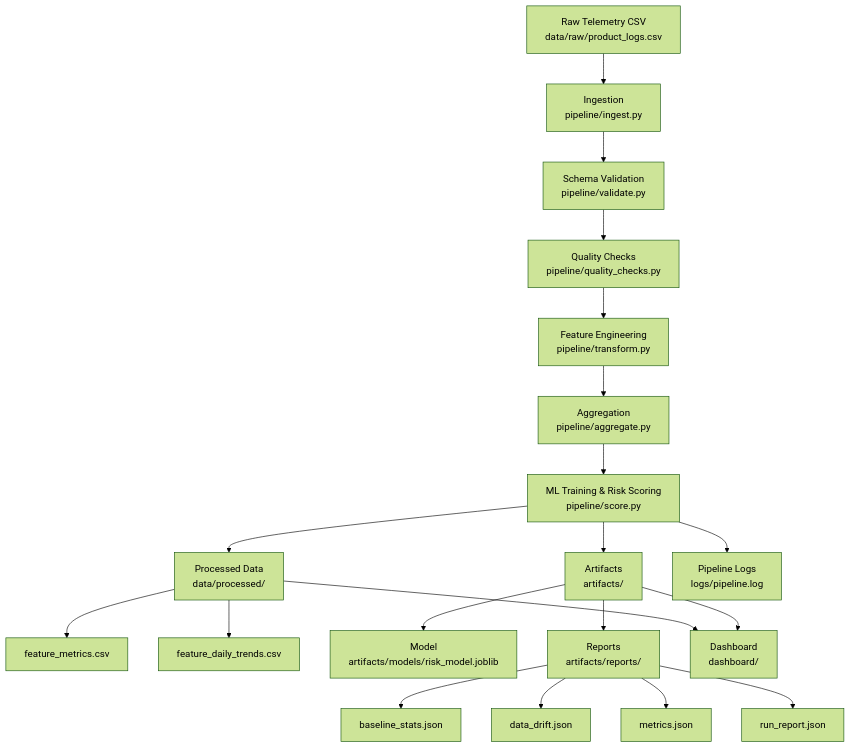
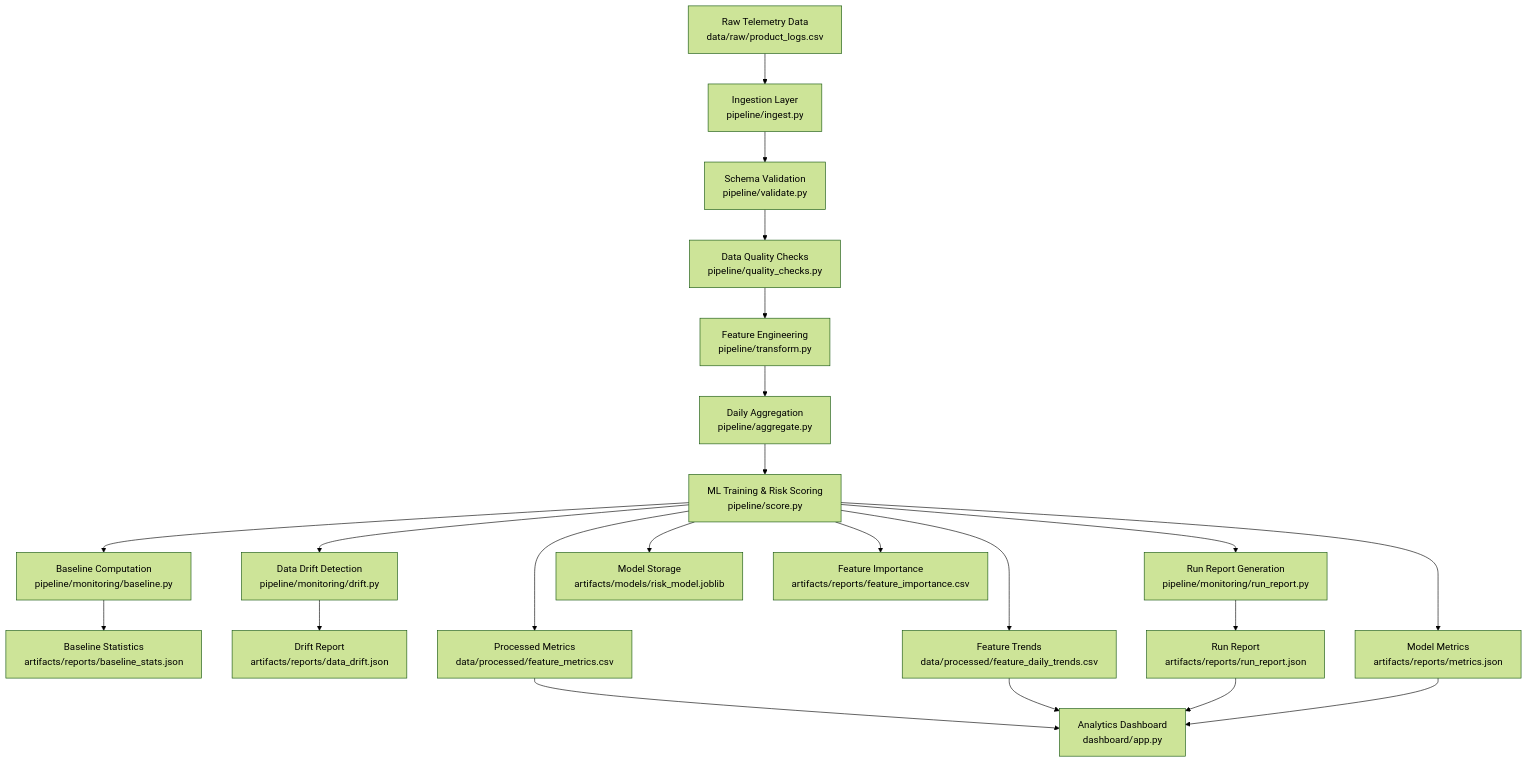
The first of 3 diagrams in README.md (durgasri-dotcom/product-feature-quality-analytics), drawn with Mermaid (forest theme) before and after one commit. The commit also changed other lines of this file and 20 other files, not shown here.

Commit message:
test: add unit tests for validation, aggregation, drift detection, and model training

````diff
--- a/README.md
+++ b/README.md
@@ -113,64 +47,55 @@
 ```mermaid
 flowchart TD
 
-  %% ======================
-  %% DATA INPUT
-  %% ======================
-  A[Raw Telemetry CSV<br/>data/raw/product_logs.csv]
+    A[Raw Telemetry Data<br>data/raw/product_logs.csv]
 
-  %% ======================
-  %% PIPELINE
-  %% ======================
-  A --> B[Ingestion<br/>pipeline/ingest.py]
+    A --> B[Ingestion Layer<br>pipeline/ingest.py]
 
-  B --> C[Schema Validation<br/>pipeline/validate.py]
+    B --> C[Schema Validation<br>pipeline/validate.py]
 
-  C --> D[Quality Checks<br/>pipeline/quality_checks.py]
+    C --> D[Data Quality Checks<br>pipeline/quality_checks.py]
 
-  D --> E[Feature Engineering<br/>pipeline/transform.py]
+    D --> E[Feature Engineering<br>pipeline/transform.py]
 
-  E --> F[Aggregation<br/>pipeline/aggregate.py]
+    E --> F[Daily Aggregation<br>pipeline/aggregate.py]
 
-  F --> G[ML Training & Risk Scoring<br/>pipeline/score.py]
+    F --> G[ML Training & Risk Scoring<br>pipeline/score.py]
 
-  %% ======================
-  %% OUTPUTS
-  %% ======================
-  G --> H[Processed Data<br/>data/processed/]
+    %% Monitoring Layer
 
-  G --> I[Artifacts<br/>artifacts/]
+    G --> M1[Baseline Computation<br>pipeline/monitoring/baseline.py]
 
-  %% ======================
-  %% PROCESSED FILES
-  %% ======================
-  H --> H1[feature_metrics.csv]
+    G --> M2[Data Drift Detection<br>pipeline/monitoring/drift.py]
 
-  H --> H2[feature_daily_trends.csv]
+    G --> M3[Run Report Generation<br>pipeline/monitoring/run_report.py]
 
-  %% ======================
-  %% ARTIFACT FILES
-  %% ======================
-  I --> I1[Model<br/>artifacts/models/risk_model.joblib]
+    %% Artifact Storage
 
-  I --> I2[Reports<br/>artifacts/reports/]
+    G --> H1[Model Storage<br>artifacts/models/risk_model.joblib]
 
-  I2 --> I21[baseline_stats.json]
+    M1 --> H2[Baseline Statistics<br>artifacts/reports/baseline_stats.json]
 
-  I2 --> I22[data_drift.json]
+    M2 --> H3[Drift Report<br>artifacts/reports/data_drift.json]
 
-  I2 --> I23[metrics.json]
+    M3 --> H4[Run Report<br>artifacts/reports/run_report.json]
 
-  I2 --> I24[run_report.json]
+    G --> H5[Model Metrics<br>artifacts/reports/metrics.json]
 
-  %% ======================
-  %% DASHBOARD
-  %% ======================
-  H --> J[Dashboard<br/>dashboard/]
+    G --> H6[Feature Importance<br>artifacts/reports/feature_importance.csv]
 
-  I --> J
+    %% Processed Output
 
-  %% ======================
-  %% LOGGING
-  %% ======================
-  G --> K[Pipeline Logs<br/>logs/pipeline.log]
+    G --> I1[Processed Metrics<br>data/processed/feature_metrics.csv]
+
+    G --> I2[Feature Trends<br>data/processed/feature_daily_trends.csv]
+
+    %% Dashboard Layer
+
+    I1 --> J[Analytics Dashboard<br>dashboard/app.py]
+
+    I2 --> J
+
+    H4 --> J
+
+    H5 --> J
 ```
````
